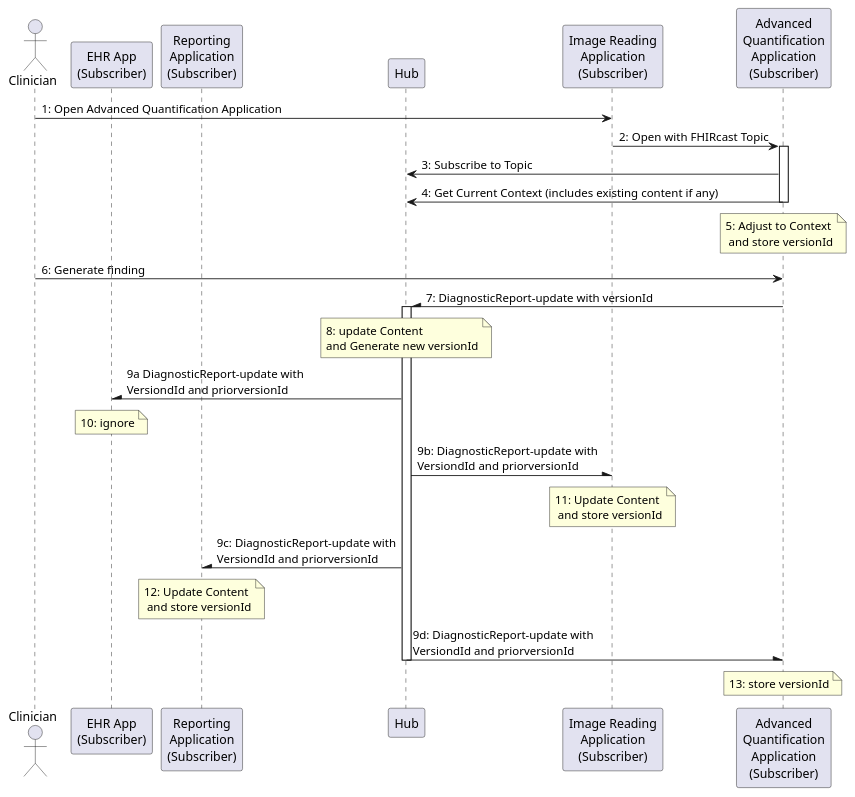
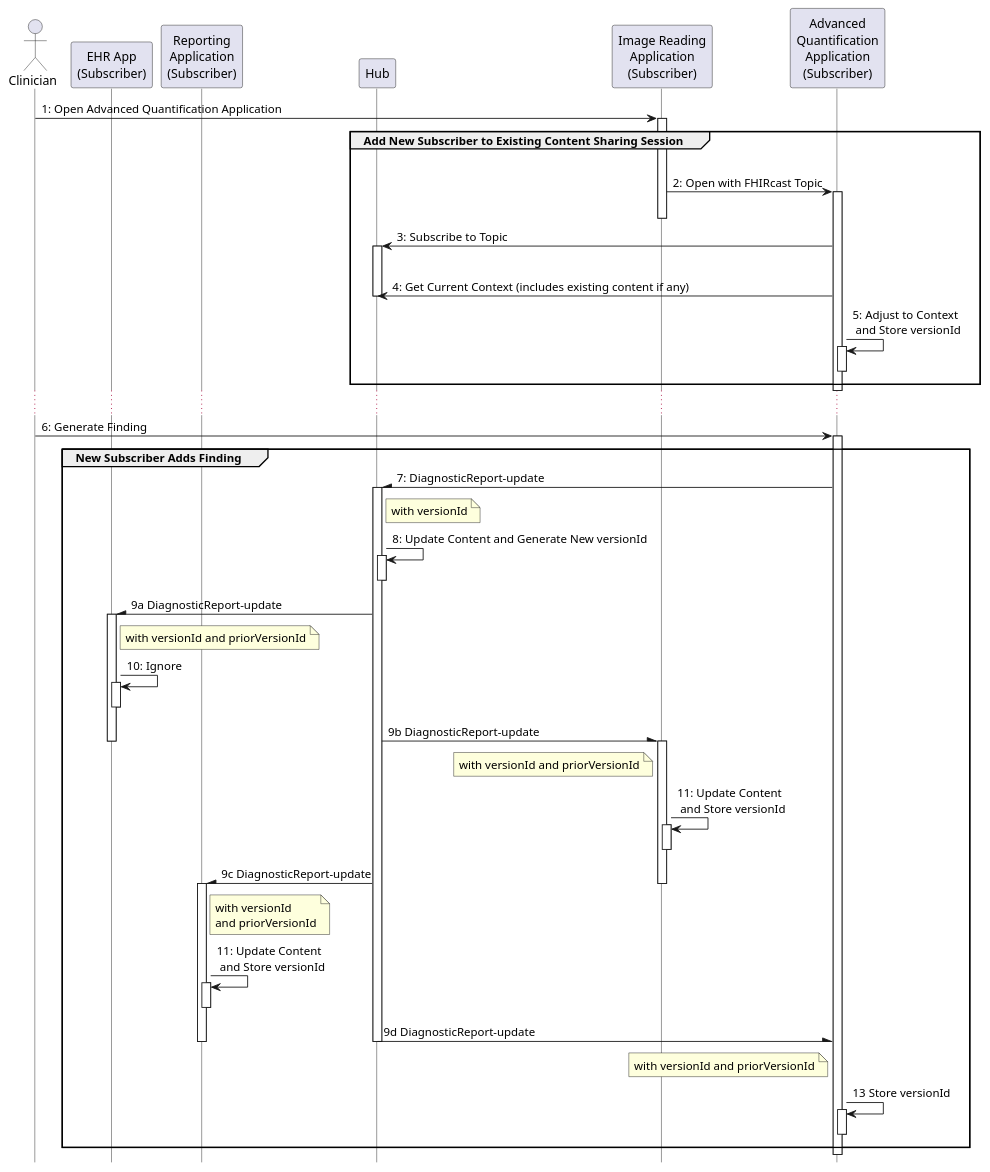
Before and after one commit to HL7/fhircast-docs: the diagram in input/images-source/ContentExchangeAdvancedQuantification.plantuml, drawn with PlantUML.

Commit message:
Plantuml change suggested by Eric

```diff
--- a/input/images-source/ContentExchangeAdvancedQuantification.plantuml
+++ b/input/images-source/ContentExchangeAdvancedQuantification.plantuml
@@ -1,31 +1,55 @@
 @startuml
-    actor Clinician
-    participant "EHR App\n(Subscriber)" as EHR
-    participant "Reporting\nApplication\n(Subscriber)" as RepApp
-    participant Hub
-    participant "Image Reading\nApplication\n(Subscriber)" as App1
-    participant "Advanced\nQuantification\nApplication\n(Subscriber)" as App2
-    
-    Clinician -> App1: 1: Open Advanced Quantification Application
-    App1 -> App2++: 2: Open with FHIRcast Topic
-    App2 -> Hub: 3: Subscribe to Topic
-    App2 -> Hub: 4: Get Current Context (includes existing content if any)
-    note over App2: 5: Adjust to Context\n and store versionId
-    deactivate App2
-    
-    Clinician -> App2: 6: Generate finding
-    App2 -\ Hub++: 7: DiagnosticReport-update with versionId
-    note over Hub
-        8: update Content
-        and Generate new versionId
-    end note
-    Hub -\ EHR: 9a DiagnosticReport-update with\nVersiondId and priorversionId
-    note over EHR: 10: ignore
-    Hub -\ App1: 9b: DiagnosticReport-update with\nVersiondId and priorversionId
-    note over App1: 11: Update Content\n and store versionId
-    Hub -\ RepApp: 9c: DiagnosticReport-update with\nVersiondId and priorversionId
-    note over RepApp: 12: Update Content\n and store versionId
-    Hub -\ App2: 9d: DiagnosticReport-update with\nVersiondId and priorversionId
-    note over App2: 13: store versionId
-    deactivate Hub
+skinparam shadowing false
+skinparam lifelineStrategy nosolid
+hide footbox
+
+actor Clinician
+participant "EHR App\n(Subscriber)" as EHR
+participant "Reporting\nApplication\n(Subscriber)" as RepApp
+participant Hub
+participant "Image Reading\nApplication\n(Subscriber)" as App1
+participant "Advanced\nQuantification\nApplication\n(Subscriber)" as App2
+
+Clinician -> App1: 1: Open Advanced Quantification Application
+activate App1
+group Add New Subscriber to Existing Content Sharing Session
+|||
+App1 -> App2++: 2: Open with FHIRcast Topic
+deactivate App1
+App2 -> Hub: 3: Subscribe to Topic
+activate Hub
+|||
+App2 -> Hub: 4: Get Current Context (includes existing content if any)
+deactivate Hub
+App2 -> App2++--: 5: Adjust to Context\n and Store versionId
+end
+deactivate App2
+...
+Clinician -> App2: 6: Generate Finding
+activate App2
+group New Subscriber Adds Finding
+App2 -\ Hub++: 7: DiagnosticReport-update
+note right Hub: with versionId
+Hub -> Hub++--: 8: Update Content and Generate New versionId
+Hub -\ EHR: 9a DiagnosticReport-update
+note right EHR: with versionId and priorVersionId
+activate EHR
+EHR -> EHR++--: 10: Ignore
+Hub -\ App1: 9b DiagnosticReport-update
+deactivate EHR
+activate App1
+note left App1: with versionId and priorVersionId
+App1 -> App1++--: 11: Update Content\n and Store versionId
+Hub -\ RepApp: 9c DiagnosticReport-update
+deactivate App1
+activate RepApp
+note right RepApp: with versionId\nand priorVersionId
+RepApp -> RepApp++--: 11: Update Content\n and Store versionId
+Hub -\ App2: 9d DiagnosticReport-update
+deactivate RepApp
+deactivate Hub
+note left App2: with versionId and priorVersionId
+App2 -> App2++--: 13 Store versionId
+end
+
 @enduml
```
